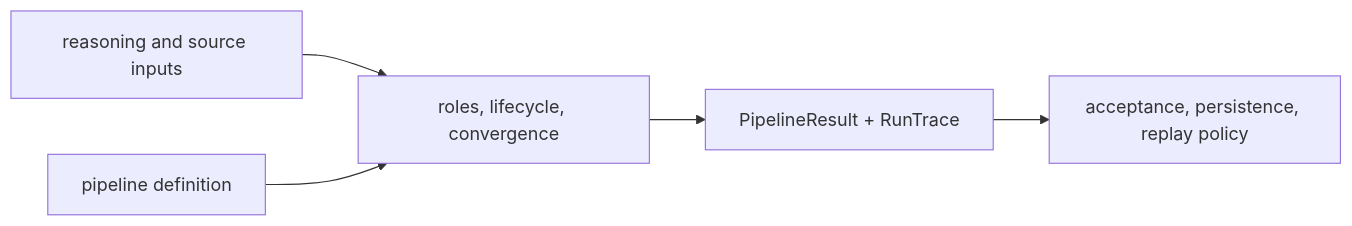
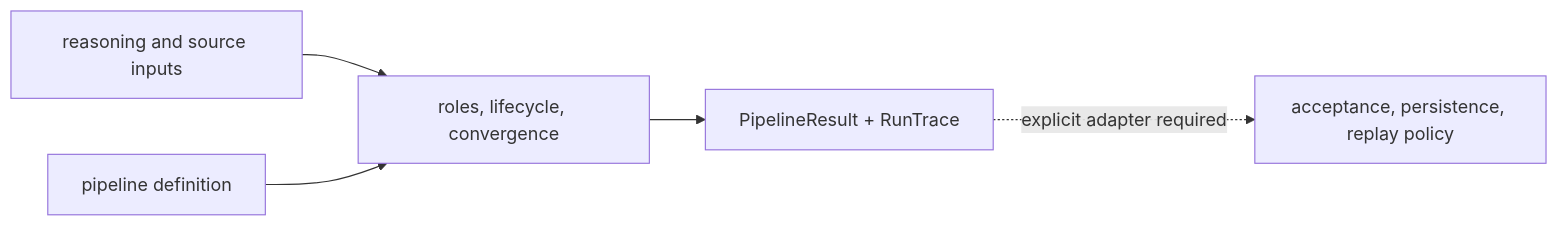
One commit to bijux/bijux-canon changed the diagram in docs/05-bijux-canon-agent/foundation/index.md. Above: the diagram before and after it, drawn with Mermaid. The commit also changed other lines of this file and 1 other file, not shown here.

Commit message:
docs(agent): separate orchestration outcome signals

````diff
--- a/docs/05-bijux-canon-agent/foundation/index.md
+++ b/docs/05-bijux-canon-agent/foundation/index.md
@@ -18,11 +18,12 @@
 ```mermaid
 flowchart LR
     evidence["reasoning and source inputs"]
     definition["pipeline definition"]
     agent["roles, lifecycle, convergence"]
     trace["PipelineResult + RunTrace"]
     runtime["acceptance, persistence, replay policy"]
 
     evidence --> agent
-    definition --> agent --> trace --> runtime
+    definition --> agent --> trace
+    trace -. explicit adapter required .-> runtime
 ```
````
